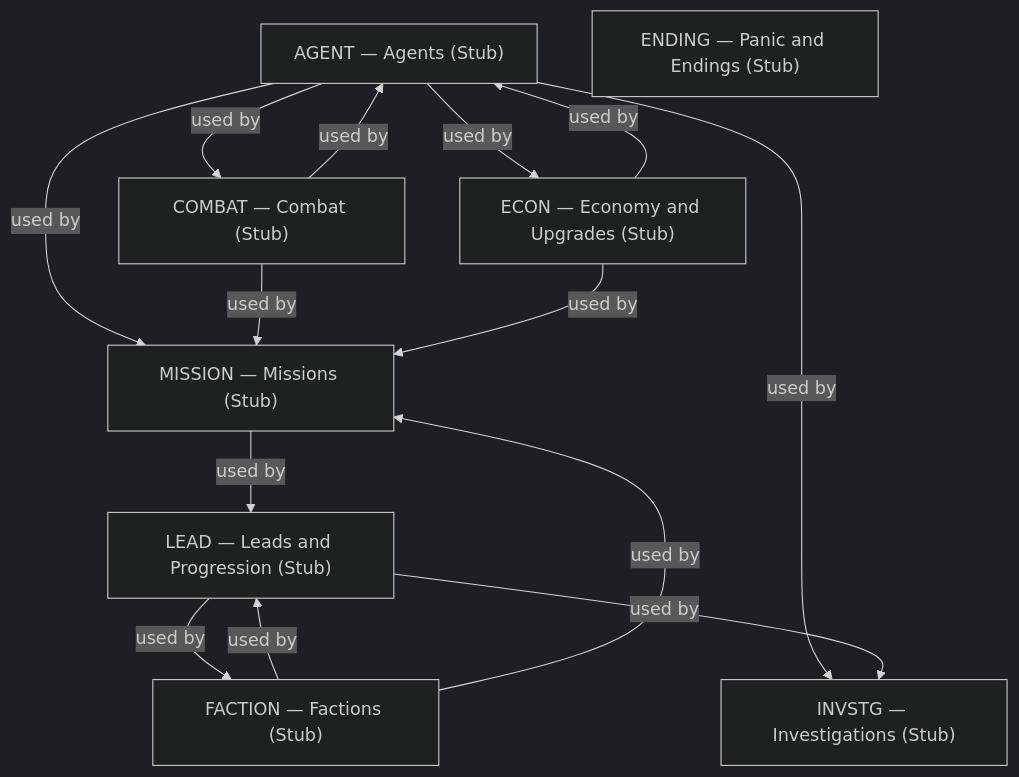
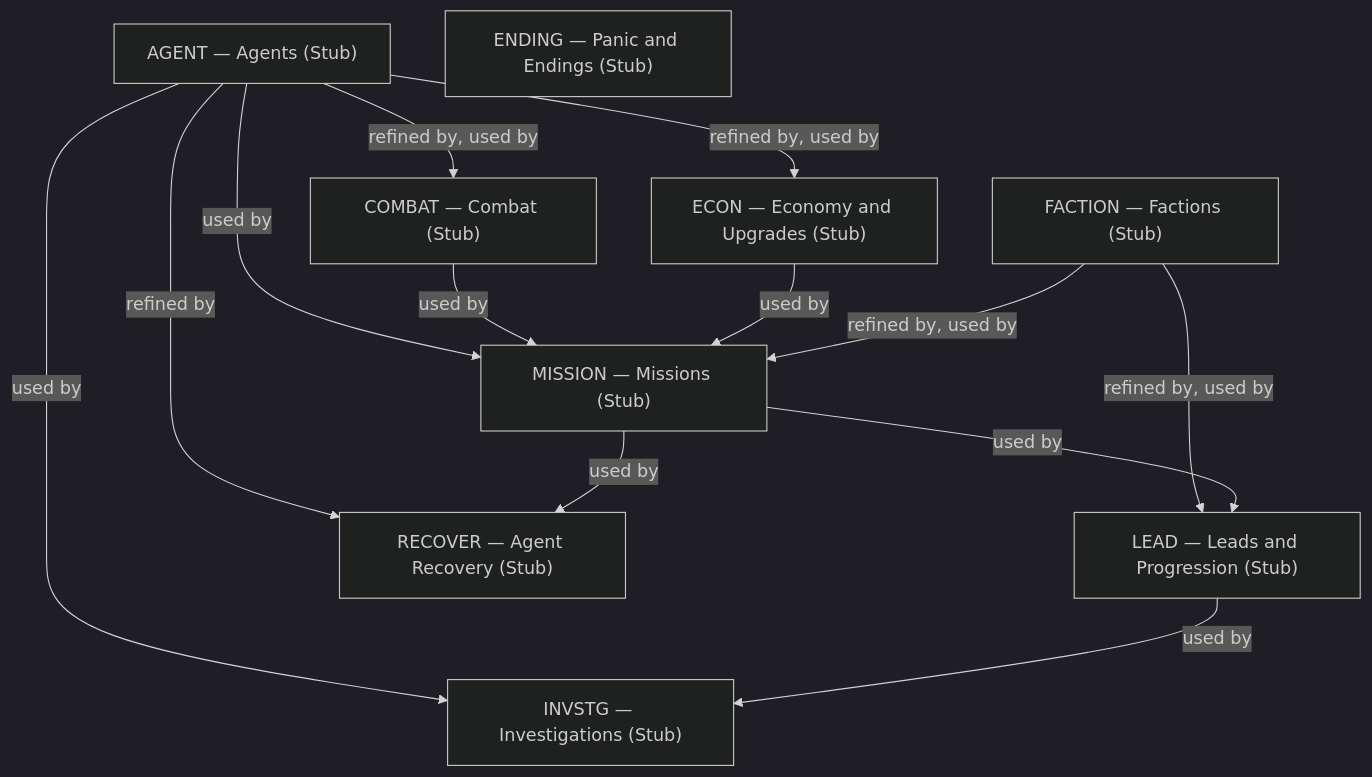
The first of 2 diagrams in docs/specs/mechanics/about-mechanics.md (konrad-jamrozik/game-v5), drawn with Mermaid (dark theme) before and after one commit. The commit also changed other lines of this file and 21 other files, not shown here.

````diff
--- a/docs/specs/mechanics/about-mechanics.md
+++ b/docs/specs/mechanics/about-mechanics.md
@@ -74,24 +99,24 @@
 ```mermaid
 flowchart TD
   AGENT["AGENT — Agents (Stub)"]
   COMBAT["COMBAT — Combat (Stub)"]
   ECON["ECON — Economy and Upgrades (Stub)"]
   ENDING["ENDING — Panic and Endings (Stub)"]
   FACTION["FACTION — Factions (Stub)"]
   INVSTG["INVSTG — Investigations (Stub)"]
   LEAD["LEAD — Leads and Progression (Stub)"]
   MISSION["MISSION — Missions (Stub)"]
-  AGENT -->|used by| COMBAT
-  AGENT -->|used by| ECON
+  RECOVER["RECOVER — Agent Recovery (Stub)"]
+  AGENT -->|refined by, used by| COMBAT
+  AGENT -->|refined by, used by| ECON
   AGENT -->|used by| INVSTG
   AGENT -->|used by| MISSION
-  COMBAT -->|used by| AGENT
+  AGENT -->|refined by| RECOVER
   COMBAT -->|used by| MISSION
-  ECON -->|used by| AGENT
   ECON -->|used by| MISSION
-  FACTION -->|used by| LEAD
-  FACTION -->|used by| MISSION
-  LEAD -->|used by| FACTION
+  FACTION -->|refined by, used by| LEAD
+  FACTION -->|refined by, used by| MISSION
   LEAD -->|used by| INVSTG
   MISSION -->|used by| LEAD
+  MISSION -->|used by| RECOVER
 ```
````
